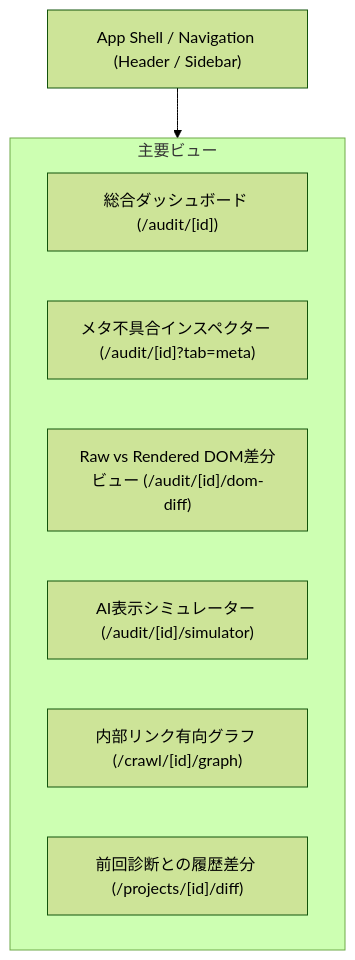
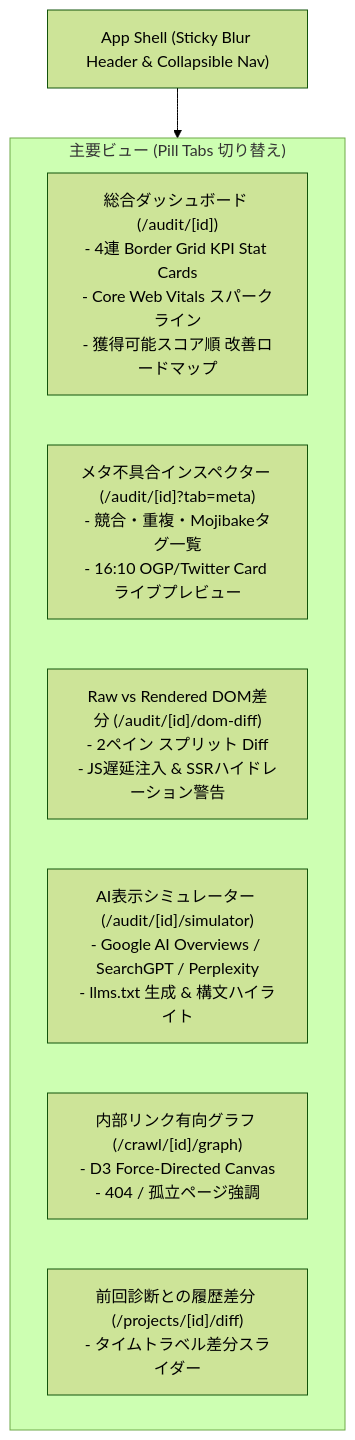
The diagram in docs/05_UI_UX_DESIGN.md (nntokyo/seo.n-n.tokyo), drawn with Mermaid (forest theme) before and after one commit. The commit also changed other lines of this file and 2 other files, not shown here.

````diff
--- a/docs/05_UI_UX_DESIGN.md
+++ b/docs/05_UI_UX_DESIGN.md
@@ -13,15 +16,15 @@
 ```mermaid
 graph TD
-    App["App Shell / Navigation (Header / Sidebar)"]
+    App["App Shell (Sticky Blur Header & Collapsible Nav)"]
     
-    subgraph CoreViews["主要ビュー"]
-        Dashboard["総合ダッシュボード (/audit/[id])"]
-        MetaInspector["メタ不具合インスペクター (/audit/[id]?tab=meta)"]
-        DomDiffView["Raw vs Rendered DOM差分ビュー (/audit/[id]/dom-diff)"]
-        AiSimulator["AI表示シミュレーター (/audit/[id]/simulator)"]
-        LinkGraph["内部リンク有向グラフ (/crawl/[id]/graph)"]
-        TimeTravel["前回診断との履歴差分 (/projects/[id]/diff)"]
+    subgraph CoreViews["主要ビュー (Pill Tabs 切り替え)"]
+        Dashboard["総合ダッシュボード (/audit/[id])\n- 4連 Border Grid KPI Stat Cards\n- Core Web Vitals スパークライン\n- 獲得可能スコア順 改善ロードマップ"]
+        MetaInspector["メタ不具合インスペクター (/audit/[id]?tab=meta)\n- 競合・重複・Mojibakeタグ一覧\n- 16:10 OGP/Twitter Card ライブプレビュー"]
+        DomDiffView["Raw vs Rendered DOM差分 (/audit/[id]/dom-diff)\n- 2ペイン スプリット Diff\n- JS遅延注入 & SSRハイドレーション警告"]
+        AiSimulator["AI表示シミュレーター (/audit/[id]/simulator)\n- Google AI Overviews / SearchGPT / Perplexity\n- llms.txt 生成 & 構文ハイライト"]
+        LinkGraph["内部リンク有向グラフ (/crawl/[id]/graph)\n- D3 Force-Directed Canvas\n- 404 / 孤立ページ強調"]
+        TimeTravel["前回診断との履歴差分 (/projects/[id]/diff)\n- タイムトラベル差分スライダー"]
     end
 
     App --> CoreViews
 ```
````
